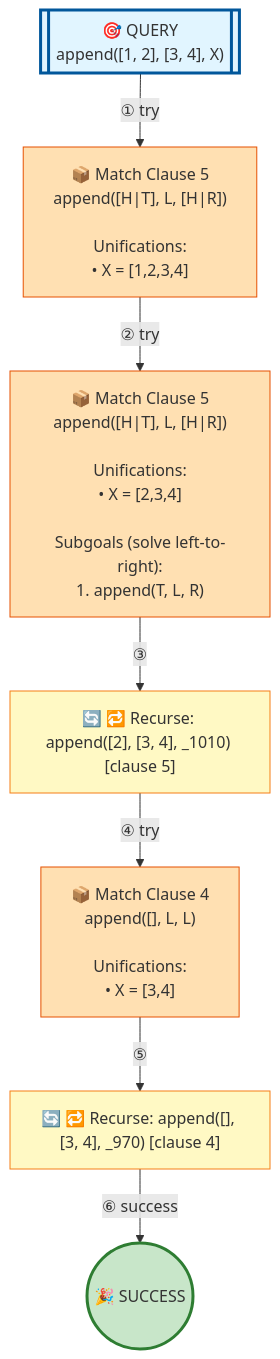
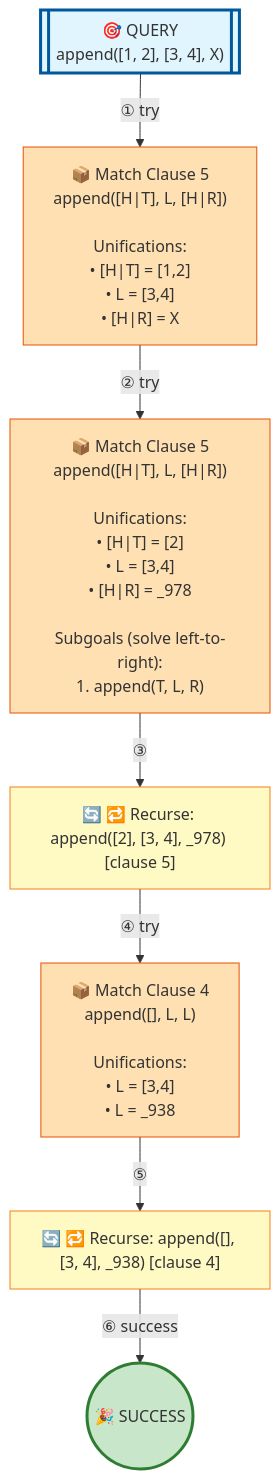
One commit to jarecsni/prolog-trace-viz changed the diagram in examples/append-detailed.md. Above: the diagram before and after it, drawn with Mermaid. The commit also changed other lines of this file and 17 other files, not shown here.

````diff
--- a/examples/append-detailed.md
+++ b/examples/append-detailed.md
@@ -18,29 +18,29 @@
 ```mermaid
 graph TD
 
 %% Nodes
 A[["🎯 QUERY<br/>append([1, 2], [3, 4], X)"]]
-B["📦 Match Clause 5<br/>append([H|T], L, [H|R])<br/><br/>Unifications:<br/>• X = [1,2,3,4]"]
-C["🔄 🔁 Recurse: append([2], [3, 4], _1010) [clause 5]"]
-D["📦 Match Clause 5<br/>append([H|T], L, [H|R])<br/><br/>Unifications:<br/>• X = [2,3,4]<br/><br/>Subgoals (solve left-to-right):<br/>1. append(T, L, R)"]
-E["🔄 🔁 Recurse: append([], [3, 4], _970) [clause 4]"]
-F["📦 Match Clause 4<br/>append([], L, L)<br/><br/>Unifications:<br/>• X = [3,4]"]
+B["📦 Match Clause 5<br/>append([H|T], L, [H|R])<br/><br/>Unifications:<br/>• [H|T] = [1,2]<br/>• L = [3,4]<br/>• [H|R] = X"]
+C["🔄 🔁 Recurse: append([2], [3, 4], _978) [clause 5]"]
+D["📦 Match Clause 5<br/>append([H|T], L, [H|R])<br/><br/>Unifications:<br/>• [H|T] = [2]<br/>• L = [3,4]<br/>• [H|R] = _978<br/><br/>Subgoals (solve left-to-right):<br/>1. append(T, L, R)"]
+E["🔄 🔁 Recurse: append([], [3, 4], _938) [clause 4]"]
+F["📦 Match Clause 4<br/>append([], L, L)<br/><br/>Unifications:<br/>• L = [3,4]<br/>• L = _938"]
 G(("🎉 SUCCESS"))
 
 %% Edges
 A -->|"① try"| B
 B -->|"② try"| D
 D -->|"③"| C
 C -->|"④ try"| F
 F -->|"⑤"| E
 E -->|"⑥ success"| G
 
 %% Styles
 style A fill:#e1f5ff,stroke:#01579b,stroke-width:3px
 style B fill:#ffe0b2,stroke:#e65100
 style C fill:#fff9c4,stroke:#f57f17
 style D fill:#ffe0b2,stroke:#e65100
 style E fill:#fff9c4,stroke:#f57f17
 style F fill:#ffe0b2,stroke:#e65100
 style G fill:#c8e6c9,stroke:#2e7d32,stroke-width:3px
 ```
````
